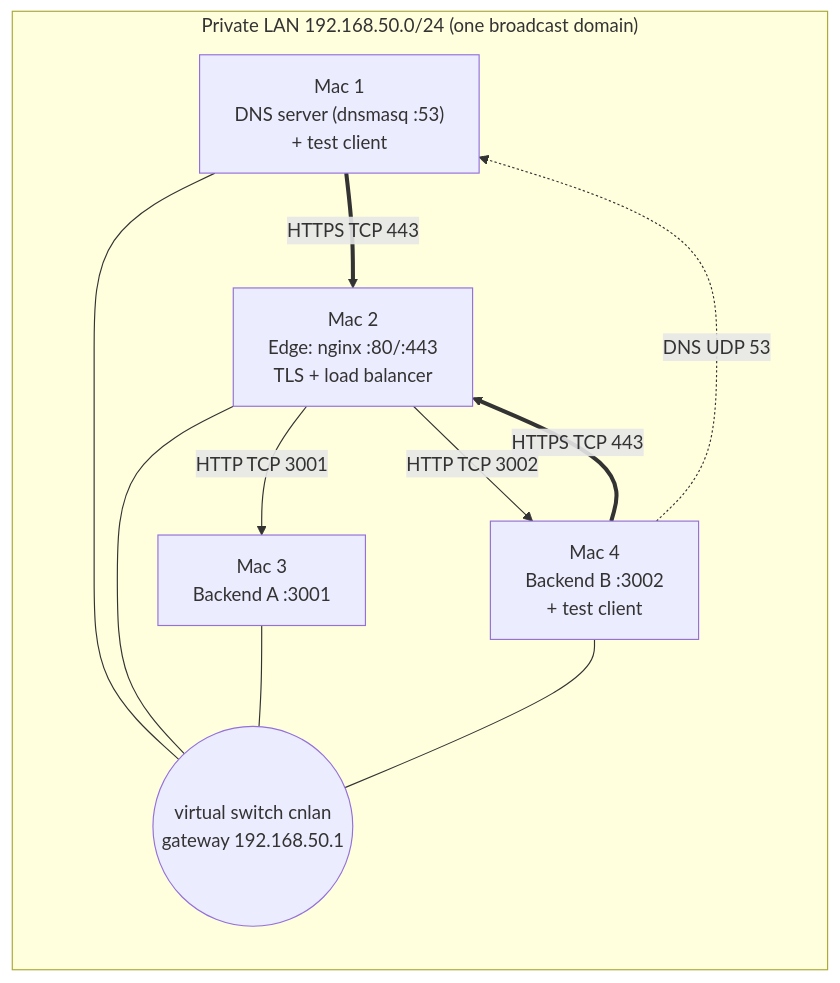
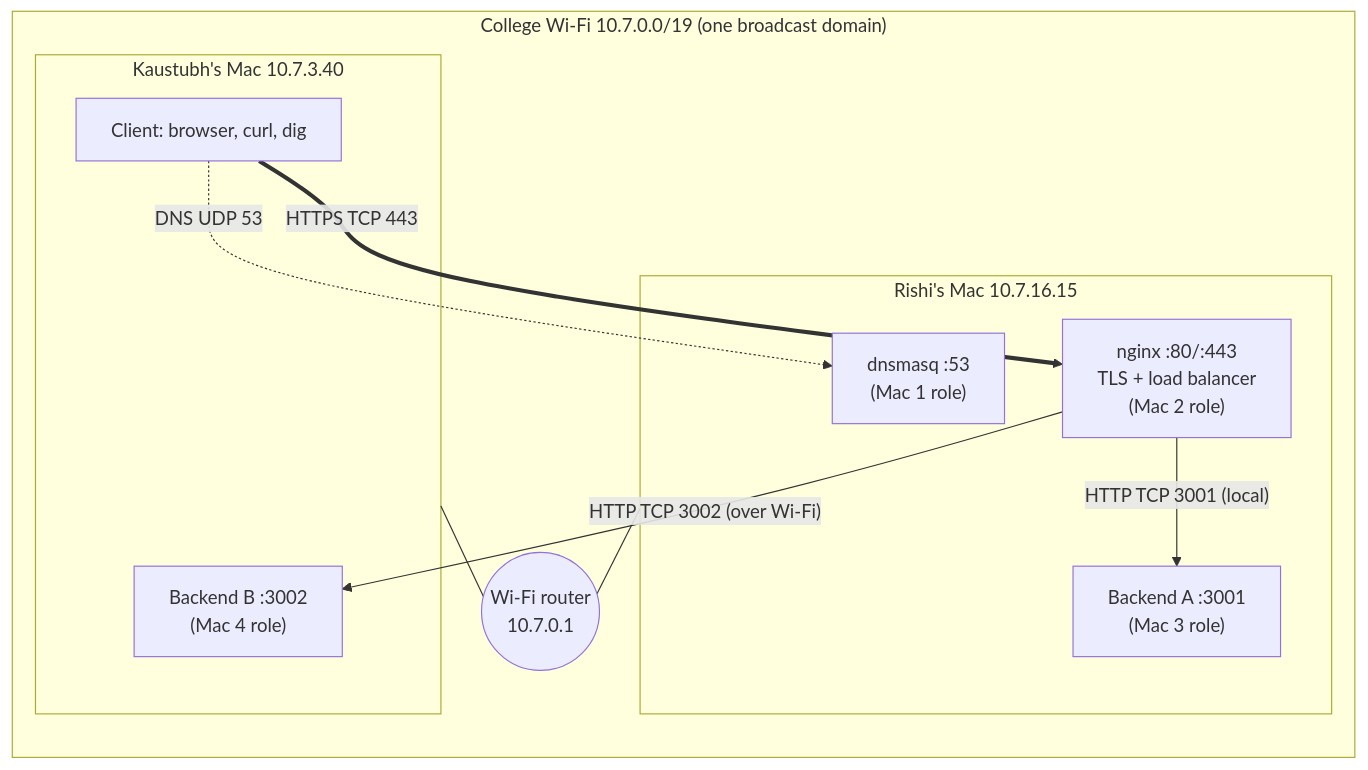
The first of 2 diagrams in docs/ARCHITECTURE.md (rishiraj38/cn-phase-1), drawn with Mermaid before and after one commit. The commit also changed other lines of this file and 113 other files, not shown here.

````diff
--- a/docs/ARCHITECTURE.md
+++ b/docs/ARCHITECTURE.md
@@ -11,19 +16,21 @@
 ```mermaid
 flowchart LR
-  subgraph LAN["Private LAN 192.168.50.0/24 (one broadcast domain)"]
-    M1["Mac 1<br/>DNS server (dnsmasq :53)<br/>+ test client"]
-    M2["Mac 2<br/>Edge: nginx :80/:443<br/>TLS + load balancer"]
-    M3["Mac 3<br/>Backend A :3001"]
-    M4["Mac 4<br/>Backend B :3002<br/>+ test client"]
-    R(("virtual switch cnlan<br/>gateway 192.168.50.1"))
+  subgraph LAN["College Wi-Fi 10.7.0.0/19 (one broadcast domain)"]
+    subgraph R["Rishi's Mac 10.7.16.15"]
+      DNS["dnsmasq :53<br/>(Mac 1 role)"]
+      EDGE["nginx :80/:443<br/>TLS + load balancer<br/>(Mac 2 role)"]
+      A["Backend A :3001<br/>(Mac 3 role)"]
+    end
+    subgraph K["Kaustubh's Mac 10.7.3.40"]
+      C["Client: browser, curl, dig"]
+      B["Backend B :3002<br/>(Mac 4 role)"]
+    end
+    GW(("Wi-Fi router<br/>10.7.0.1"))
   end
-  M1 --- R
-  M2 --- R
-  M3 --- R
-  M4 --- R
-  M4 -. "DNS UDP 53" .-> M1
-  M1 == "HTTPS TCP 443" ==> M2
-  M4 == "HTTPS TCP 443" ==> M2
-  M2 -- "HTTP TCP 3001" --> M3
-  M2 -- "HTTP TCP 3002" --> M4
+  R --- GW
+  K --- GW
+  C -. "DNS UDP 53" .-> DNS
+  C == "HTTPS TCP 443" ==> EDGE
+  EDGE -- "HTTP TCP 3001 (local)" --> A
+  EDGE -- "HTTP TCP 3002 (over Wi-Fi)" --> B
 ```
````
